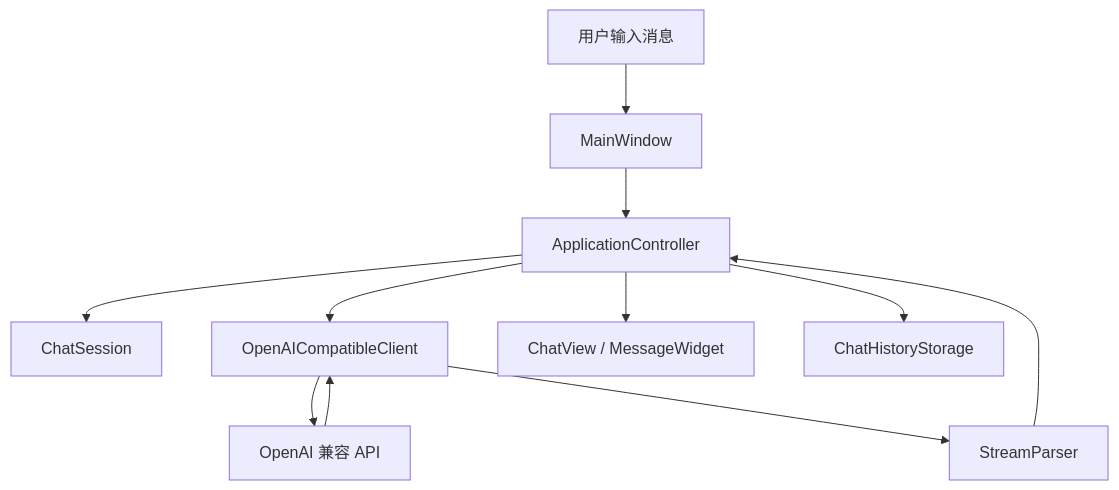
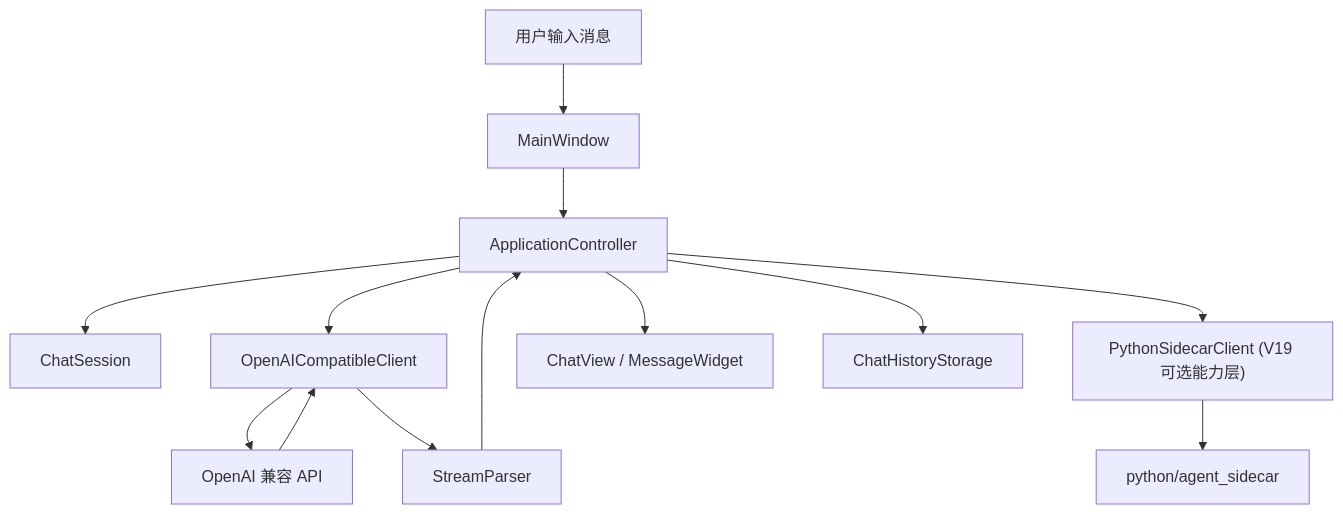
One commit to knightxunxi/ai-chat-desktop changed the diagram in learn/01-architecture.md. Above: the diagram before and after it, drawn with Mermaid. The commit also changed other lines of this file and 7 other files, not shown here.

````diff
--- a/learn/01-architecture.md
+++ b/learn/01-architecture.md
@@ -196,13 +201,15 @@
 ```mermaid
 flowchart TD
     User["用户输入消息"] --> MainWindow["MainWindow"]
     MainWindow --> Controller["ApplicationController"]
     Controller --> Session["ChatSession"]
     Controller --> Client["OpenAICompatibleClient"]
+    Controller --> SidecarClient["PythonSidecarClient (V19 可选能力层)"]
+    SidecarClient --> PySidecar["python/agent_sidecar"]
     Client --> API["OpenAI 兼容 API"]
     API --> Client
     Client --> Parser["StreamParser"]
     Parser --> Controller
     Controller --> ChatView["ChatView / MessageWidget"]
     Controller --> Storage["ChatHistoryStorage"]
 ```
````
